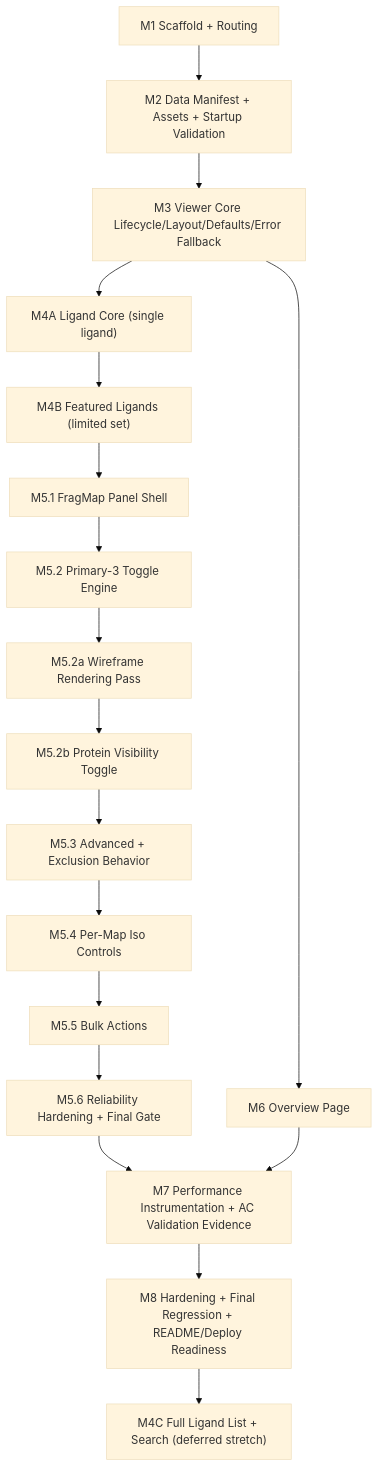
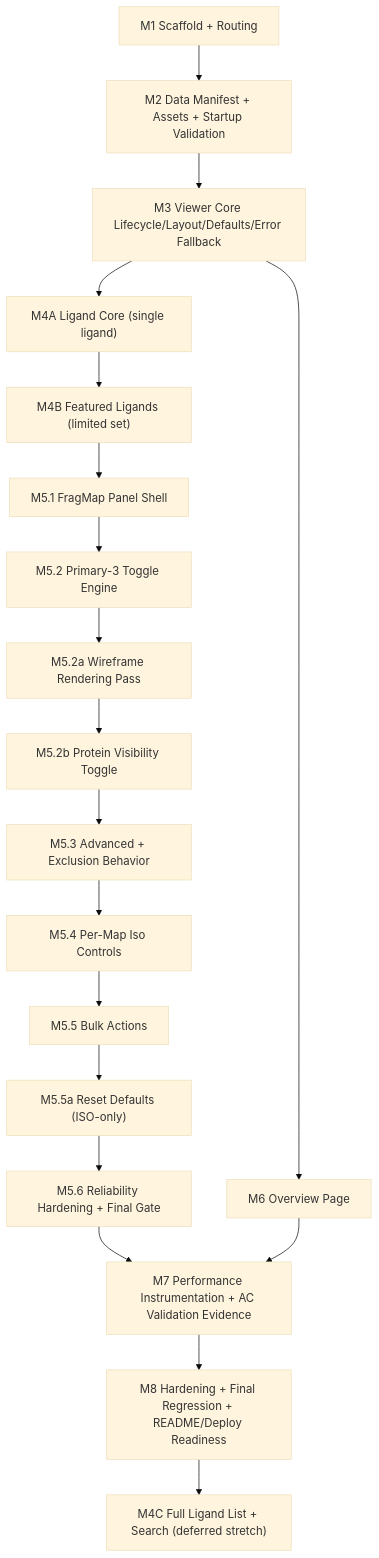
The diagram in docs/plans/execution-plan.md (ArvindRamachandran14/silcs-fragmaps-demo), drawn with Mermaid (base theme) before and after one commit. The commit also changed other lines of this file and 14 other files, not shown here.

Commit message:
feat(m5.5a): make reset defaults iso-only and align docs

````diff
--- a/docs/plans/execution-plan.md
+++ b/docs/plans/execution-plan.md
@@ -77,20 +77,21 @@
 ```mermaid
 flowchart TD
     M1["M1 Scaffold + Routing"] --> M2["M2 Data Manifest + Assets + Startup Validation"]
     M2 --> M3["M3 Viewer Core Lifecycle/Layout/Defaults/Error Fallback"]
     M3 --> M4A["M4A Ligand Core (single ligand)"]
     M4A --> M4B["M4B Featured Ligands (limited set)"]
     M4B --> M51["M5.1 FragMap Panel Shell"]
     M51 --> M52["M5.2 Primary-3 Toggle Engine"]
     M52 --> M52A["M5.2a Wireframe Rendering Pass"]
     M52A --> M52B["M5.2b Protein Visibility Toggle"]
     M52B --> M53["M5.3 Advanced + Exclusion Behavior"]
     M53 --> M54["M5.4 Per-Map Iso Controls"]
     M54 --> M55["M5.5 Bulk Actions"]
-    M55 --> M56["M5.6 Reliability Hardening + Final Gate"]
+    M55 --> M55A["M5.5a Reset Defaults (ISO-only)"]
+    M55A --> M56["M5.6 Reliability Hardening + Final Gate"]
     M3 --> M6["M6 Overview Page"]
     M56 --> M7["M7 Performance Instrumentation + AC Validation Evidence"]
     M6 --> M7
     M7 --> M8["M8 Hardening + Final Regression + README/Deploy Readiness"]
     M8 --> M4C["M4C Full Ligand List + Search (deferred stretch)"]
 ```
````
